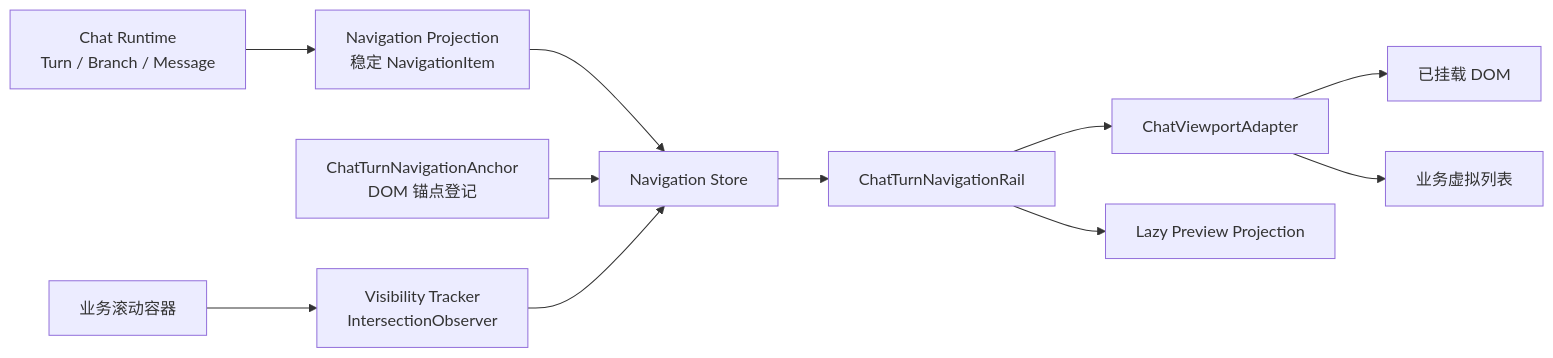
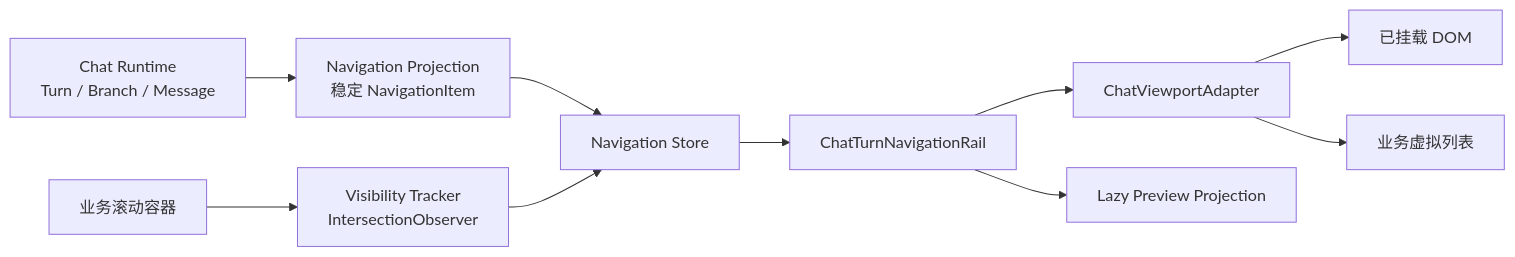
One commit to jocker-cn/chat-runtime-context changed the first of 2 diagrams in CHAT_TURN_NAVIGATION_DESIGN.md. Above: the diagram before and after it, drawn with Mermaid. The commit also changed other lines of this file and 11 other files, not shown here.

````diff
--- a/CHAT_TURN_NAVIGATION_DESIGN.md
+++ b/CHAT_TURN_NAVIGATION_DESIGN.md
@@ -29,13 +29,12 @@
 ```mermaid
 flowchart LR
   Runtime["Chat Runtime<br/>Turn / Branch / Message"] --> Projection["Navigation Projection<br/>稳定 NavigationItem"]
   Projection --> Store["Navigation Store"]
-  Anchor["ChatTurnNavigationAnchor<br/>DOM 锚点登记"] --> Store
   Viewport["业务滚动容器"] --> Observer["Visibility Tracker<br/>IntersectionObserver"]
   Observer --> Store
   Store --> Rail["ChatTurnNavigationRail"]
   Rail --> Adapter["ChatViewportAdapter"]
   Adapter --> DOM["已挂载 DOM"]
   Adapter --> Virtualizer["业务虚拟列表"]
   Rail --> Preview["Lazy Preview Projection"]
 ```
````
